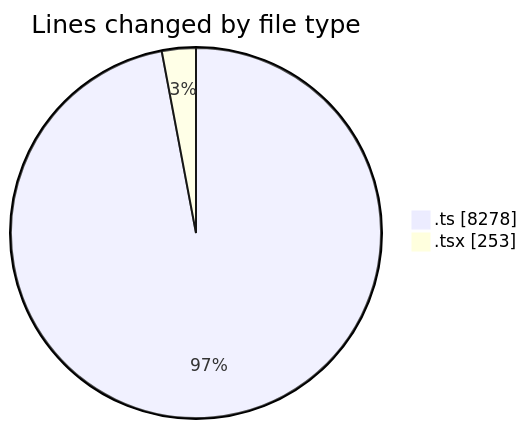
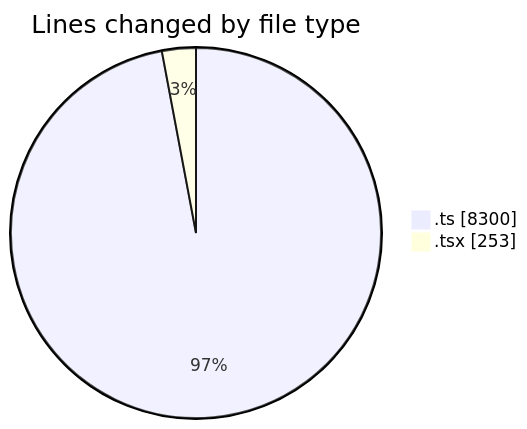
Before and after one commit to momahboobian/code-tracking: the first of 2 diagrams in 2025-07-14/cda/README.md, drawn with Mermaid. The commit also changed other lines of this file and 1 other file, not shown here.

````diff
--- a/2025-07-14/cda/README.md
+++ b/2025-07-14/cda/README.md
@@ -24,6 +24,6 @@
 ```mermaid
 pie showData
 title Lines changed by file type
-".ts" : 8278
+".ts" : 8300
 ".tsx" : 253
 ```
````
